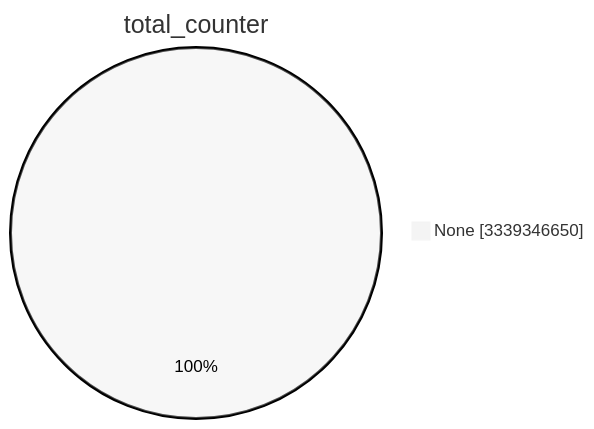
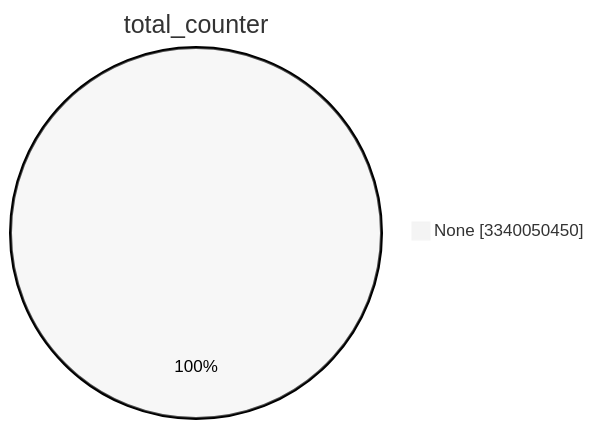
One commit to christiankrug/ctmonitor_visualization changed the first of 15 diagrams in TOTAL/README.md. Above: the diagram before and after it, drawn with Mermaid (neutral theme). The commit also changed other lines of this file, not shown here.

````diff
--- a/TOTAL/README.md
+++ b/TOTAL/README.md
@@ -1,5 +1,5 @@
 ```mermaid
 pie showData
 title total_counter
-"None" :3339346650
+"None" :3340050450
 ```
````
